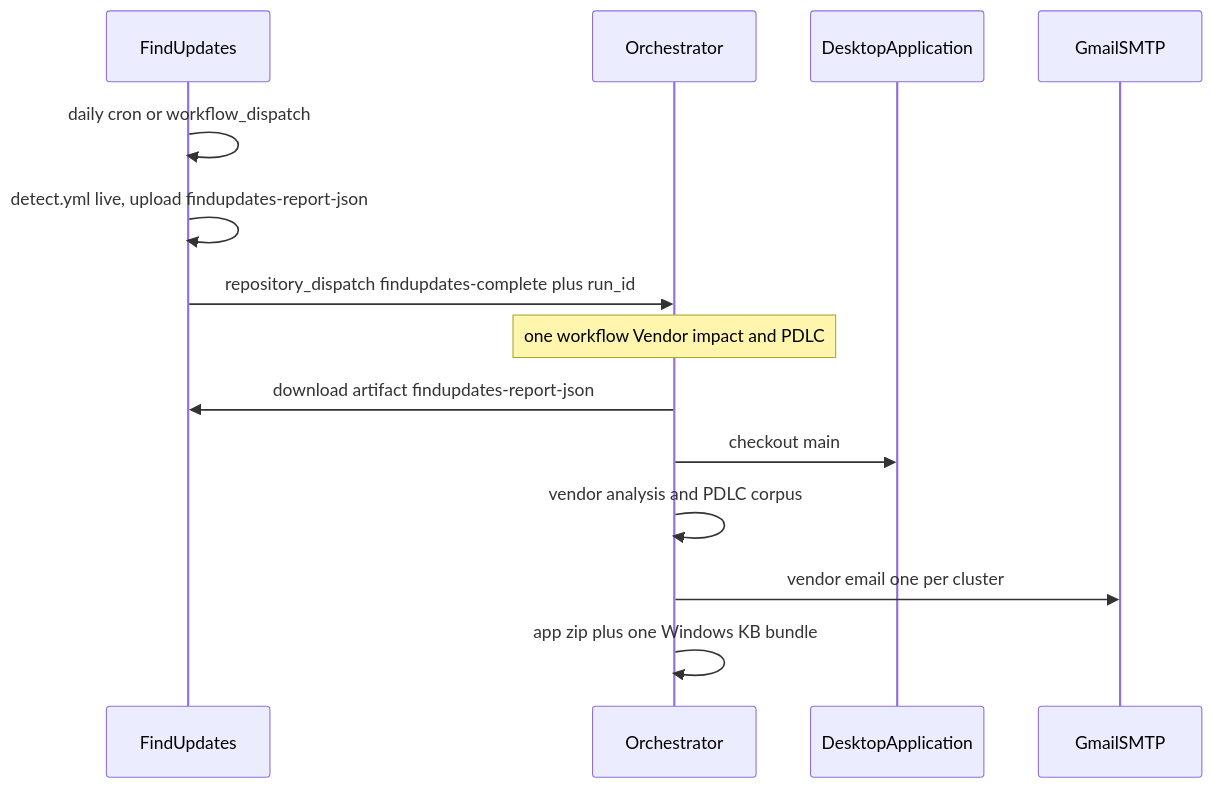
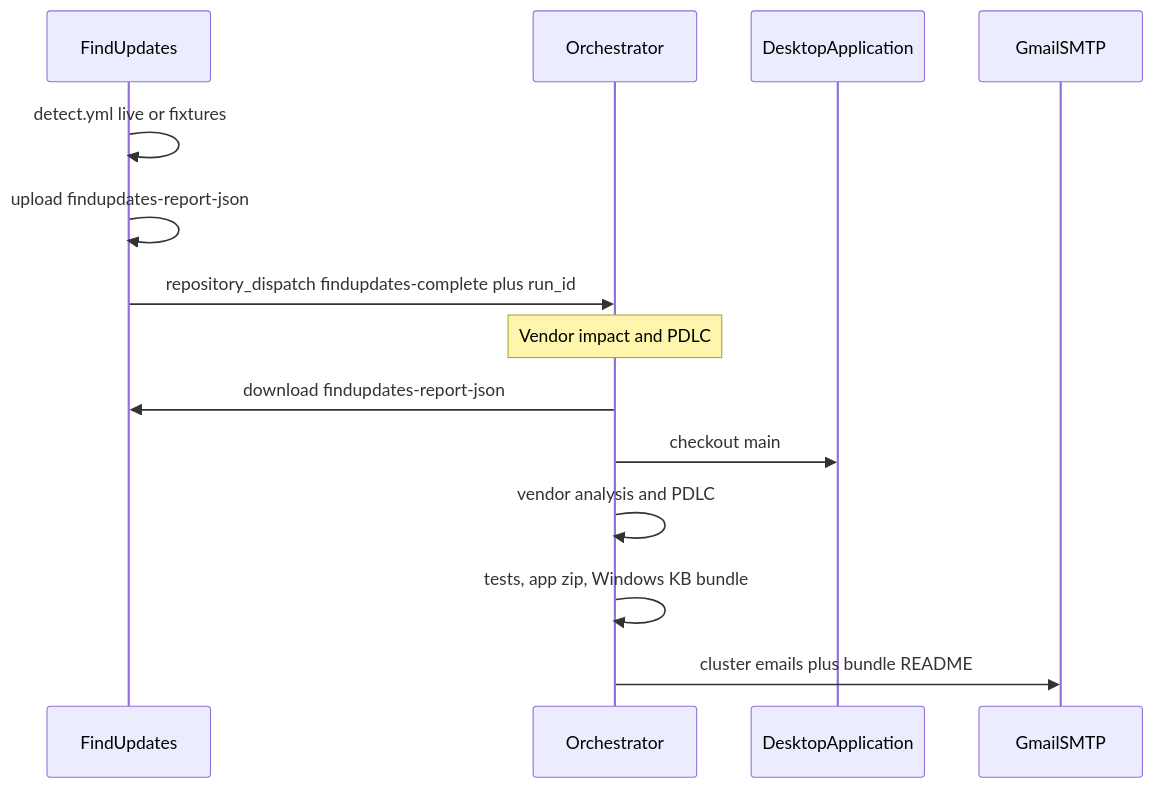
The diagram in README.md (defrances/Orchestrator), drawn with Mermaid before and after one commit. The commit also changed other lines of this file, not shown here.

Commit message:
Document vendor impact, PDLC, mail, and models.

````diff
--- a/README.md
+++ b/README.md
@@ -15,16 +17,16 @@
 ```mermaid
 sequenceDiagram
   participant FU as FindUpdates
   participant Orch as Orchestrator
   participant DA as DesktopApplication
   participant Mail as GmailSMTP
-  FU->>FU: daily cron or workflow_dispatch
-  FU->>FU: detect.yml live, upload findupdates-report-json
+  FU->>FU: detect.yml live or fixtures
+  FU->>FU: upload findupdates-report-json
   FU->>Orch: repository_dispatch findupdates-complete plus run_id
-  Note over Orch: one workflow Vendor impact and PDLC
-  Orch->>FU: download artifact findupdates-report-json
+  Note over Orch: Vendor impact and PDLC
+  Orch->>FU: download findupdates-report-json
   Orch->>DA: checkout main
-  Orch->>Orch: vendor analysis and PDLC corpus
-  Orch->>Mail: vendor email one per cluster
-  Orch->>Orch: app zip plus one Windows KB bundle
+  Orch->>Orch: vendor analysis and PDLC
+  Orch->>Orch: tests, app zip, Windows KB bundle
+  Orch->>Mail: cluster emails plus bundle README
 ```
````
